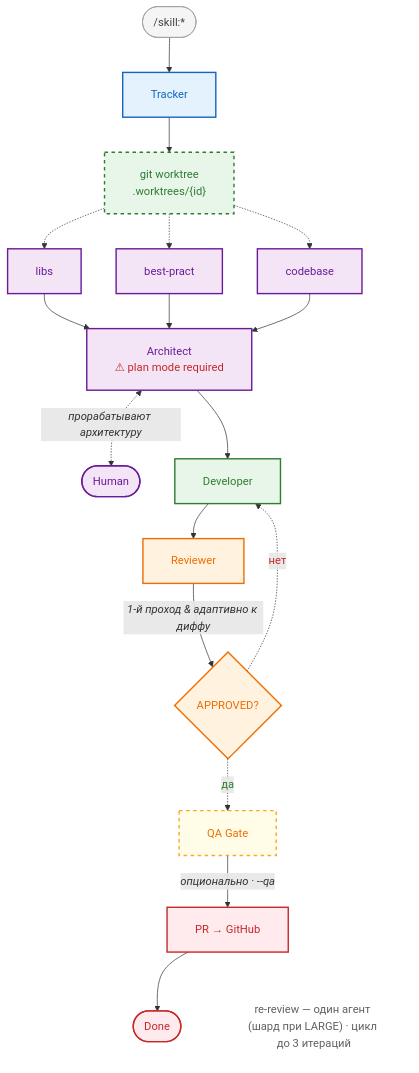
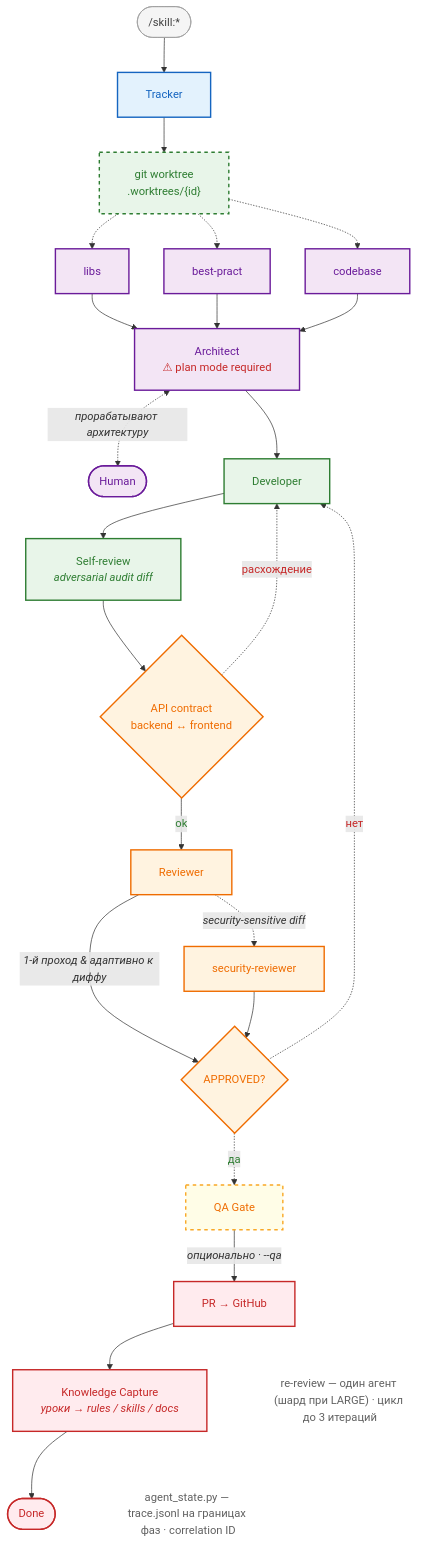
Before and after one commit to EvgeniyElmanov/promelectron: the diagram in README.md, drawn with Mermaid. The commit also changed other lines of this file and 1 other file, not shown here.

Commit message:
docs: sync pipeline diagram with self-review, API contract, security-reviewer, knowledge capture
- docs/ai-agent-pipeline.mmd and README.md updated identically
- add flow-* skills to entry list, extend pipeline blocks table

````diff
--- a/README.md
+++ b/README.md
@@ -120,59 +120,74 @@
 ```mermaid
 %%{init: {'flowchart': {'curve': 'basis', 'padding': 20}}}%%
 flowchart TD
     Entry(["/skill:*"])
     Entry --> Tracker
 
     Tracker["Tracker"]
     Tracker --> Worktree
 
     Worktree["git worktree<br/>.worktrees/{id}"]
     Worktree -.-> libs["libs"]
     Worktree -.-> best["best-pract"]
     Worktree -.-> code["codebase"]
 
     libs --> Architect
     best --> Architect
     code --> Architect
 
     Architect["Architect<br/><font color='#c62828'>⚠ plan mode required</font>"] <-.->|<i>прорабатывают архитектуру</i>| Human([Human])
 
     Architect --> Dev["Developer"]
 
-    Dev --> Reviewer["Reviewer"]
-    Reviewer -->|<i>1-й проход & адаптивно к диффу</i>| Approved{APPROVED?}
+    Dev --> SelfRev["Self-review<br/><i>adversarial audit diff</i>"]
+
+    SelfRev --> Contract{"API contract<br/>backend ↔ frontend"}
+    Contract -.->|<font color='#c62828'>расхождение</font>| Dev
+    Contract -->|<font color='#2e7d32'>ok</font>| Reviewer
+
+    Reviewer["Reviewer"] -->|<i>1-й проход & адаптивно к диффу</i>| Approved{APPROVED?}
+    Reviewer -.->|<i>security-sensitive diff</i>| SecRev["security-reviewer"]
+    SecRev --> Approved
     Approved -.->|<font color='#c62828'>нет</font>| Dev
     Approved -.->|<font color='#2e7d32'>да</font>| QA_Gate
 
     QA_Gate["QA Gate"] -->|<i>опционально · --qa</i>| MR
 
-    MR["PR → GitHub"] --> Done([Done])
+    MR["PR → GitHub"] --> KC["Knowledge Capture<br/><i>уроки → rules / skills / docs</i>"]
+    KC --> Done([Done])
 
     noteBottom["re-review — один агент (шард при LARGE) · цикл до 3 итераций"]
     MR ~~~ noteBottom
+    noteTrace["agent_state.py — trace.jsonl на границах фаз · correlation ID"]
+    KC ~~~ noteTrace
 
     classDef entry fill:#f5f5f5,stroke:#9e9e9e,stroke-width:1px,color:#424242
     classDef tracker fill:#e3f2fd,stroke:#1565c0,stroke-width:2px,color:#1565c0
     classDef worktree fill:#e8f5e9,stroke:#2e7d32,stroke-width:2px,stroke-dasharray:5 5,color:#2e7d32
     classDef research fill:#f3e5f5,stroke:#6a1b9a,stroke-width:2px,color:#6a1b9a
     classDef human fill:#f3e5f5,stroke:#6a1b9a,stroke-width:2px,color:#6a1b9a
     classDef dev fill:#e8f5e9,stroke:#2e7d32,stroke-width:2px,color:#2e7d32
     classDef review fill:#fff3e0,stroke:#ef6c00,stroke-width:2px,color:#ef6c00
     classDef qa fill:#fffde7,stroke:#f9a825,stroke-width:2px,stroke-dasharray:5 5,color:#ef6c00
     classDef ship fill:#ffebee,stroke:#c62828,stroke-width:2px,color:#c62828
     classDef note fill:none,stroke:none,color:#616161
 
     class Entry entry
     class Tracker tracker
     class Worktree worktree
     class libs,best,code research
     class Architect human
     class Human human
     class Dev dev
+    class SelfRev dev
+    class Contract review
     class Reviewer review
+    class SecRev review
     class Approved review
     class QA_Gate qa
     class MR ship
+    class KC ship
     class Done ship
     class noteBottom note
+    class noteTrace note
 ```
````
